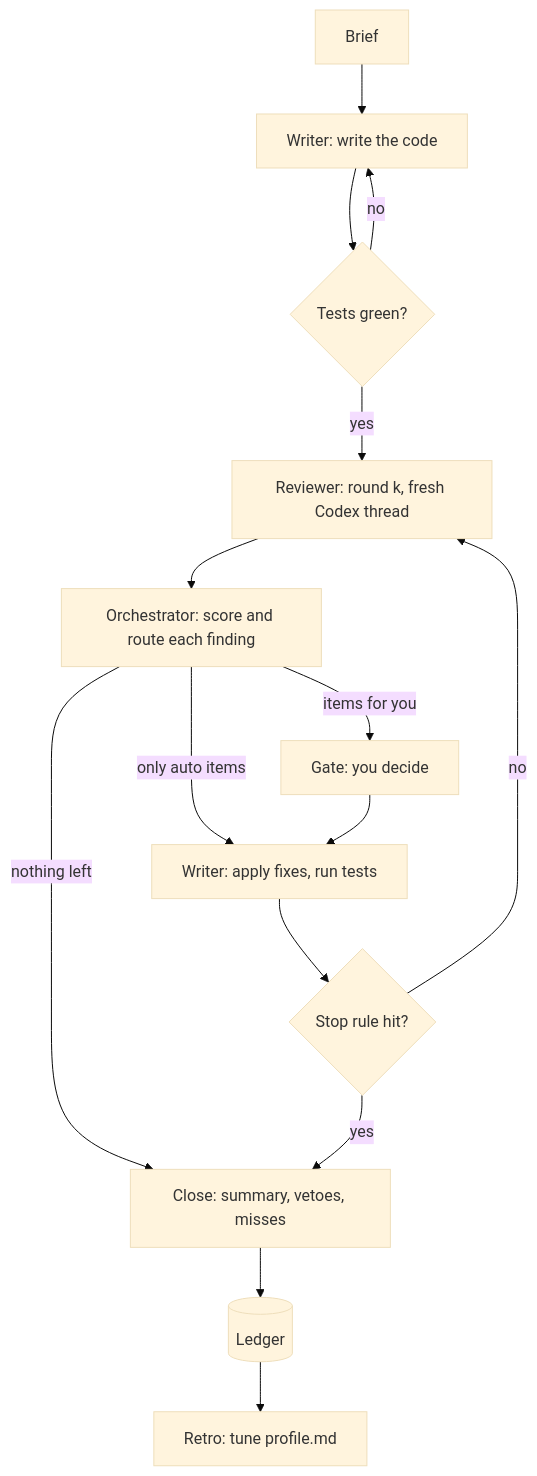
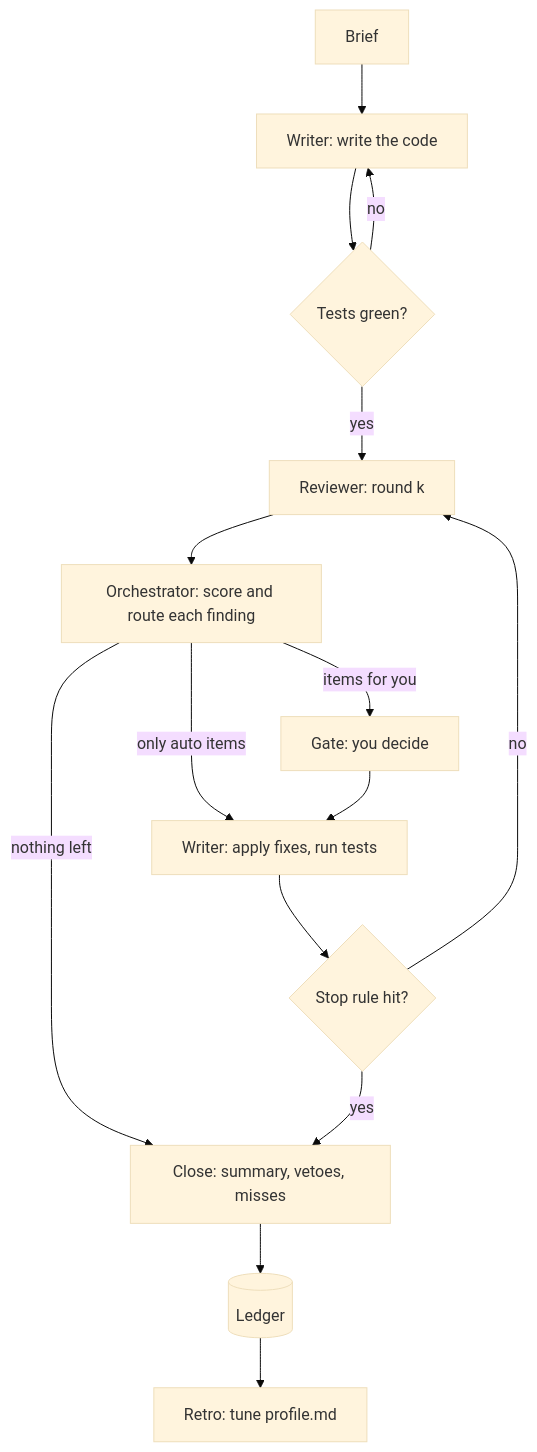
Before and after one commit to mo4islona/dev-loop: the diagram in README.md, drawn with Mermaid (base theme). The commit also changed other lines of this file and 11 other files, not shown here.

First line of the commit message:
feat: draw the review in a pane, and keep a reviewer thread for three rounds

````diff
--- a/README.md
+++ b/README.md
@@ -154,17 +158,17 @@
 ```mermaid
 flowchart TD
     brief[Brief] --> write[Writer: write the code]
     write --> tests{Tests green?}
     tests -- no --> write
-    tests -- yes --> review[Reviewer: round k, fresh Codex thread]
+    tests -- yes --> review[Reviewer: round k]
     review --> triage[Orchestrator: score and route each finding]
     triage -- nothing left --> close[Close: summary, vetoes, misses]
     triage -- only auto items --> fix[Writer: apply fixes, run tests]
     triage -- items for you --> gate[Gate: you decide]
     gate --> fix
     fix --> stop{Stop rule hit?}
     stop -- no --> review
     stop -- yes --> close
     close --> ledger[(Ledger)]
     ledger --> retro[Retro: tune profile.md]
 ```
````
